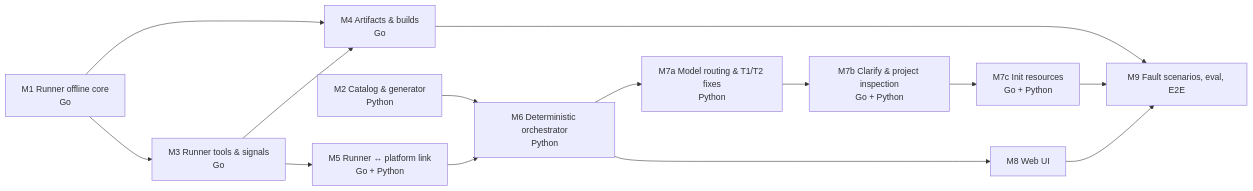
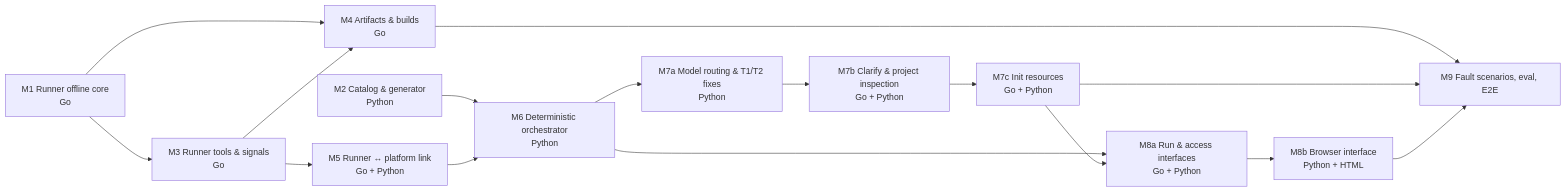
One commit to yutaofr/container-agent changed the diagram in docs/plans/2026-10-17-poc-roadmap.md. Above: the diagram before and after it, drawn with Mermaid. The commit also changed other lines of this file and 1 other file, not shown here.

Commit message:
docs: design M8 web UI, split into M8a and M8b
M8a makes runs durable, recoverable, and access-controlled behind an
HTTP and SSE interface, including the Runner's serial execution across
reconnects; M8b builds the browser pages on that interface.

````diff
--- a/docs/plans/2026-10-17-poc-roadmap.md
+++ b/docs/plans/2026-10-17-poc-roadmap.md
@@ -10,28 +10,31 @@
 ```mermaid
 flowchart LR
   M1["M1 Runner offline core<br/>Go"]
   M2["M2 Catalog & generator<br/>Python"]
   M3["M3 Runner tools & signals<br/>Go"]
   M4["M4 Artifacts & builds<br/>Go"]
   M5["M5 Runner ↔ platform link<br/>Go + Python"]
   M6["M6 Deterministic orchestrator<br/>Python"]
   M7a["M7a Model routing & T1/T2 fixes<br/>Python"]
   M7b["M7b Clarify & project inspection<br/>Go + Python"]
   M7c["M7c Init resources<br/>Go + Python"]
-  M8["M8 Web UI"]
+  M8a["M8a Run & access interfaces<br/>Go + Python"]
+  M8b["M8b Browser interface<br/>Python + HTML"]
   M9["M9 Fault scenarios, eval, E2E"]
 
   M1 --> M3
   M1 --> M4
   M3 --> M4
   M3 --> M5
   M2 --> M6
   M5 --> M6
   M6 --> M7a
   M7a --> M7b
   M7b --> M7c
-  M6 --> M8
+  M6 --> M8a
+  M7c --> M8a
+  M8a --> M8b
   M4 --> M9
   M7c --> M9
-  M8 --> M9
+  M8b --> M9
 ```
````
